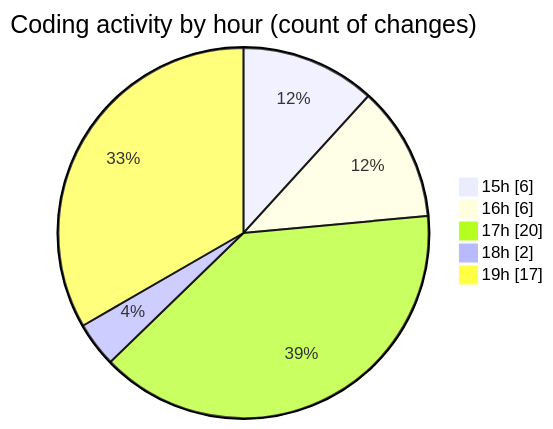
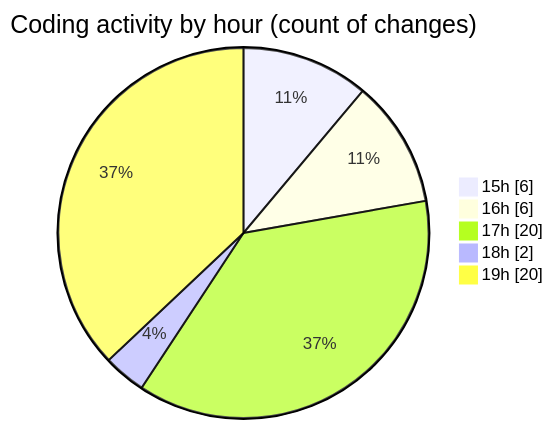
The second of 2 diagrams in 2025-03-25/samplepdf/README.md (momahboobian/code-tracking), drawn with Mermaid before and after one commit. The commit also changed other lines of this file and 1 other file, not shown here.

````diff
--- a/2025-03-25/samplepdf/README.md
+++ b/2025-03-25/samplepdf/README.md
@@ -32,9 +32,9 @@
 ```mermaid
 pie showData
 title Coding activity by hour (count of changes)
 "15h" : 6
 "16h" : 6
 "17h" : 20
 "18h" : 2
-"19h" : 17
+"19h" : 20
 ```
````
